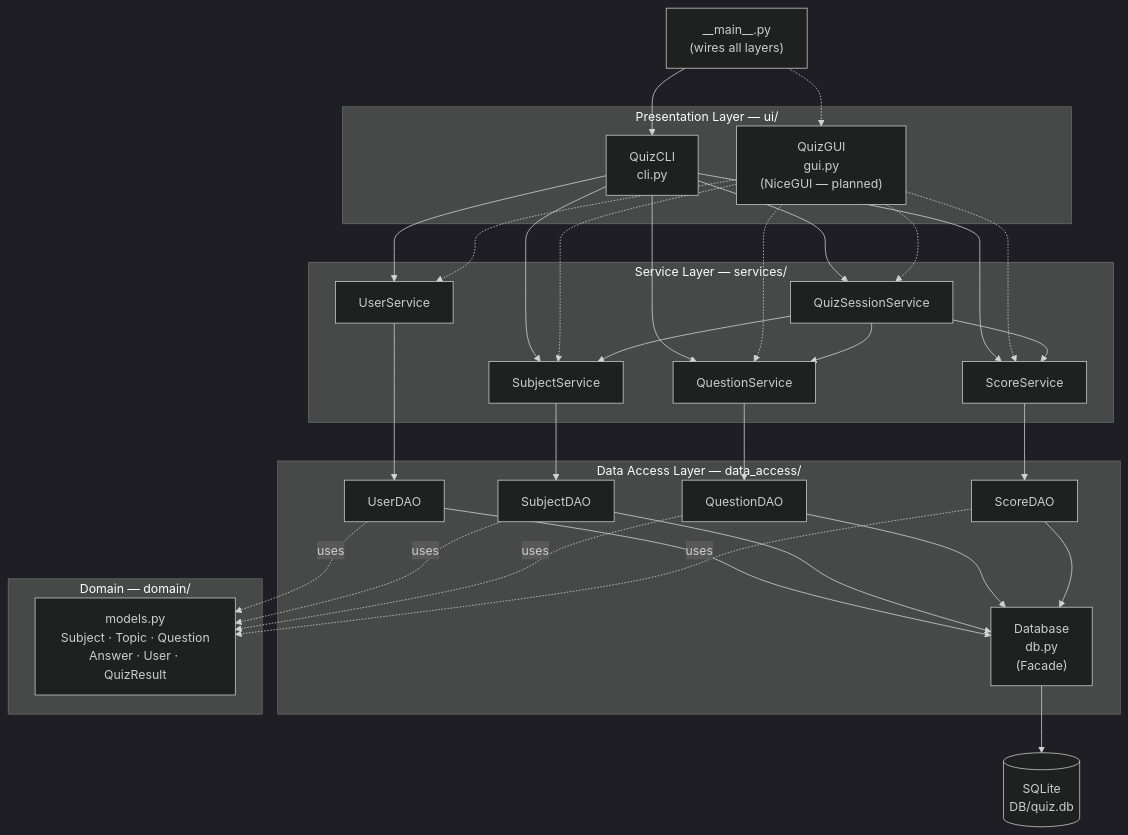
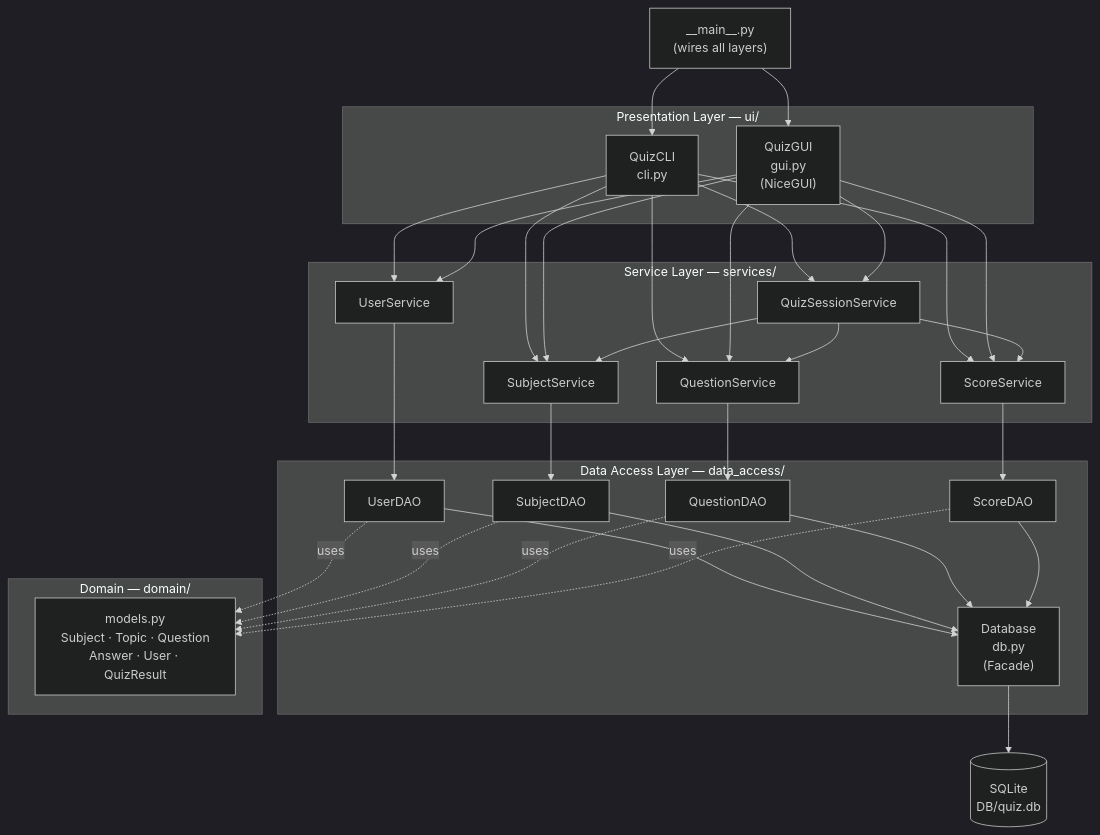
The third of 5 diagrams in docs/architecture-diagrams/DIAGRAMS.md (chdl91/Project_PF_adv), drawn with Mermaid (dark theme) before and after one commit. The commit also changed other lines of this file and 24 other files, not shown here.

````diff
--- a/docs/architecture-diagrams/DIAGRAMS.md
+++ b/docs/architecture-diagrams/DIAGRAMS.md
@@ -216,49 +226,52 @@
 ```mermaid
+---
+id: 8edd9ee6-3aec-49fc-9e7e-9ec5b085f51e
+---
 graph TB
     MAIN["__main__.py\n(wires all layers)"]
 
     subgraph UI["Presentation Layer — ui/"]
         CLI["QuizCLI\ncli.py"]
-        GUI["QuizGUI\ngui.py\n(NiceGUI — planned)"]
+        GUI["QuizGUI\ngui.py\n(NiceGUI)"]
     end
 
     subgraph SVC["Service Layer — services/"]
         US["UserService"]
         SS["SubjectService"]
         QS["QuestionService"]
         SCS["ScoreService"]
         QSS["QuizSessionService"]
     end
 
     subgraph DAL["Data Access Layer — data_access/"]
         DB["Database\ndb.py\n(Facade)"]
         UDAO["UserDAO"]
         SDAO["SubjectDAO"]
         QDAO["QuestionDAO"]
         SCDAO["ScoreDAO"]
     end
 
     subgraph DOM["Domain — domain/"]
         MOD["models.py\nSubject · Topic · Question\nAnswer · User · QuizResult"]
     end
 
     DATABASE[("SQLite\nDB/quiz.db")]
 
     MAIN --> CLI
-    MAIN -.-> GUI
+    MAIN --> GUI
 
     CLI  --> US & SS & QS & SCS & QSS
-    GUI  -.-> US & SS & QS & SCS & QSS
+    GUI  --> US & SS & QS & SCS & QSS
 
     QSS  --> SS & QS & SCS
 
     US   --> UDAO
     SS   --> SDAO
     QS   --> QDAO
     SCS  --> SCDAO
 
     UDAO  & SDAO & QDAO & SCDAO --> DB
     DB --> DATABASE
 
     UDAO  & SDAO & QDAO & SCDAO -. uses .-> MOD
 ```
````
